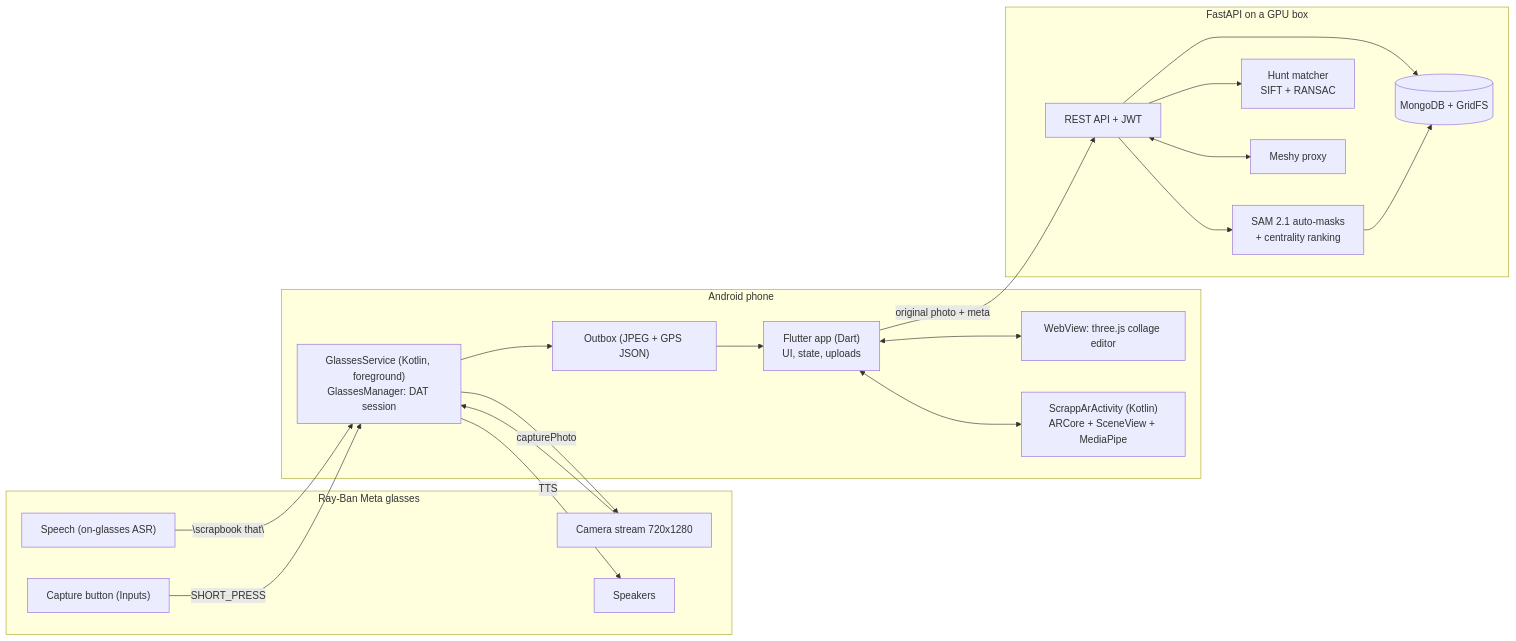
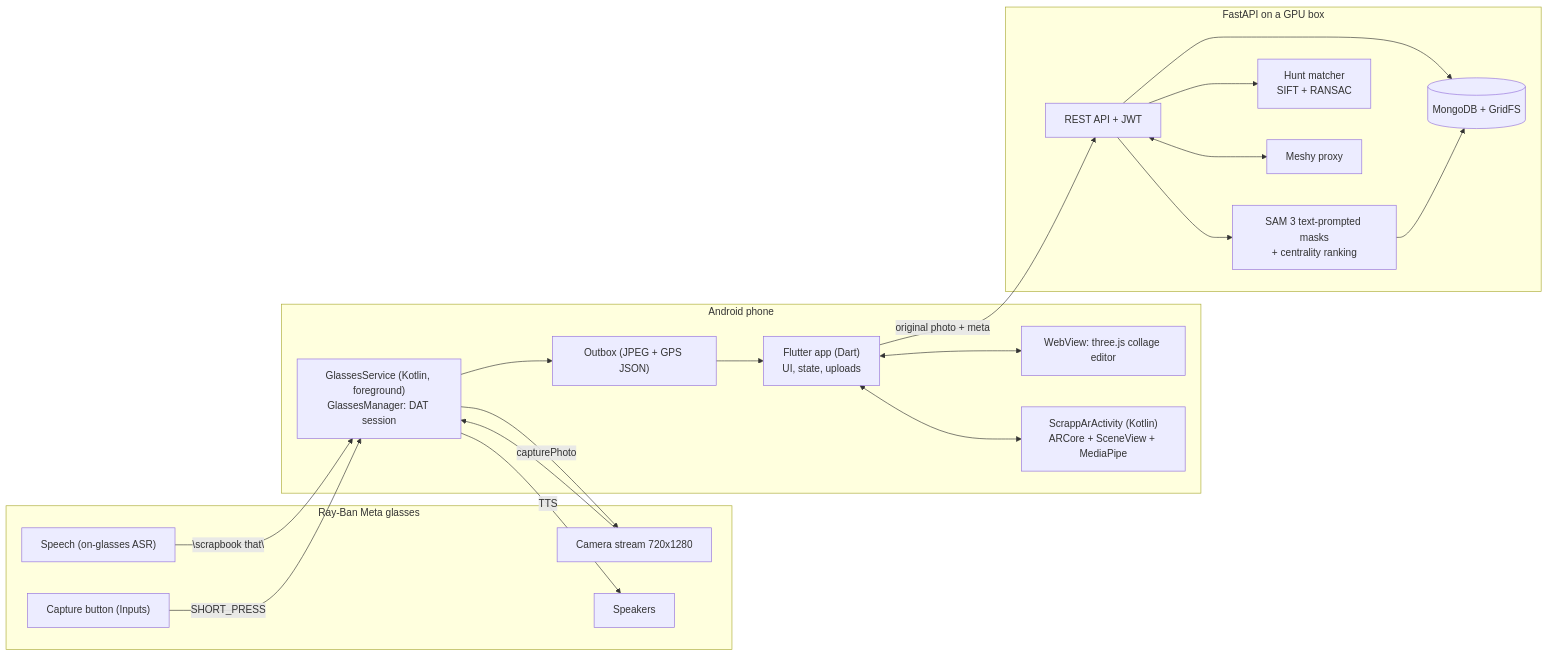
One commit to ofranken/ImmerseTheBay2026 changed the diagram in scrapp/scrapp/docs/ARCHITECTURE.md. Above: the diagram before and after it, drawn with Mermaid. The commit also changed other lines of this file and 73 other files, not shown here.

````diff
--- a/scrapp/scrapp/docs/ARCHITECTURE.md
+++ b/scrapp/scrapp/docs/ARCHITECTURE.md
@@ -5,34 +5,34 @@
 ```mermaid
 flowchart LR
   subgraph Glasses["Ray-Ban Meta glasses"]
     MIC["Speech (on-glasses ASR)"]
     BTN["Capture button (Inputs)"]
     CAM["Camera stream 720x1280"]
     SPK["Speakers"]
   end
   subgraph Phone["Android phone"]
     SVC["GlassesService (Kotlin, foreground)\nGlassesManager: DAT session"]
     OUT["Outbox (JPEG + GPS JSON)"]
     FL["Flutter app (Dart)\nUI, state, uploads"]
     WEB["WebView: three.js collage editor"]
     AR["ScrappArActivity (Kotlin)\nARCore + SceneView + MediaPipe"]
   end
   subgraph Server["FastAPI on a GPU box"]
     API["REST API + JWT"]
-    SAM["SAM 2.1 auto-masks\n+ centrality ranking"]
+    SAM["SAM 3 text-prompted masks\n+ centrality ranking"]
     MATCH["Hunt matcher\nSIFT + RANSAC"]
     MESHY["Meshy proxy"]
     DB[("MongoDB + GridFS")]
   end
   MIC -- "\"scrapbook that\"" --> SVC
   BTN -- SHORT_PRESS --> SVC
   SVC -- capturePhoto --> CAM
   CAM --> SVC --> OUT --> FL
   FL -- original photo + meta --> API --> DB
   API --> SAM --> DB
   API --> MATCH
   API <--> MESHY
   FL <--> WEB
   FL <--> AR
   SVC -- TTS --> SPK
 ```
````
